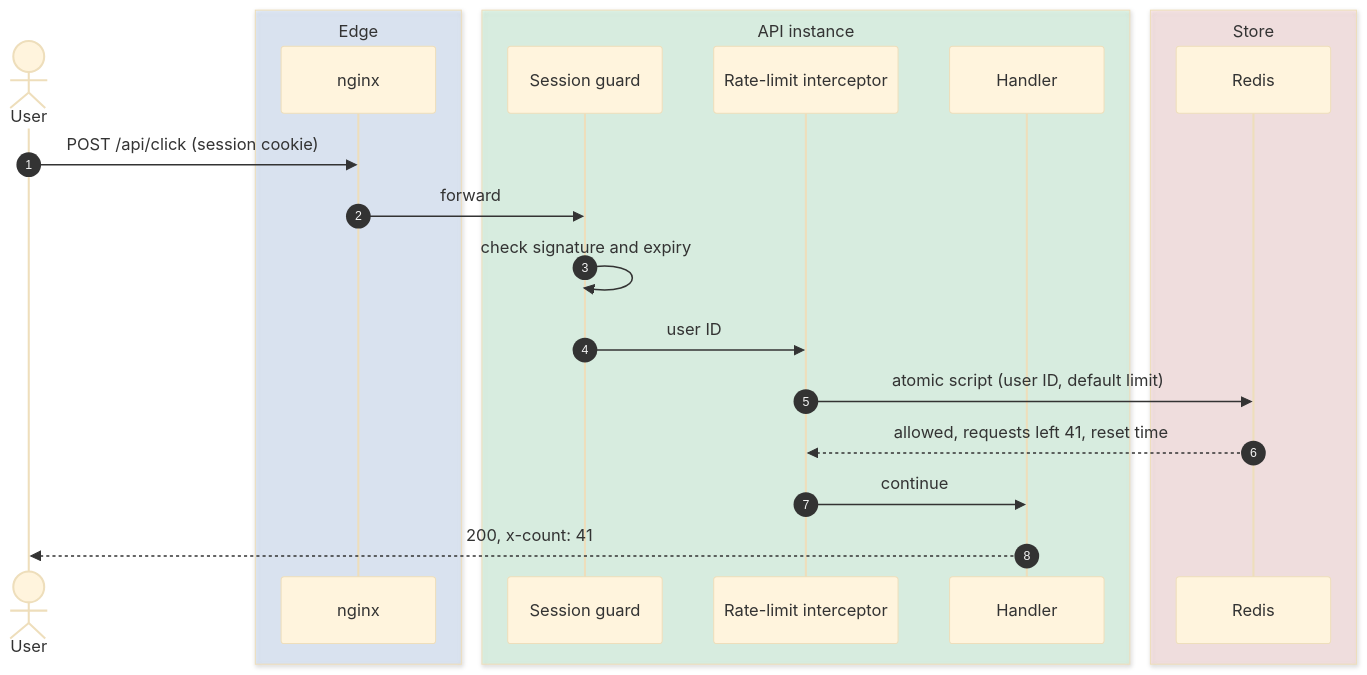
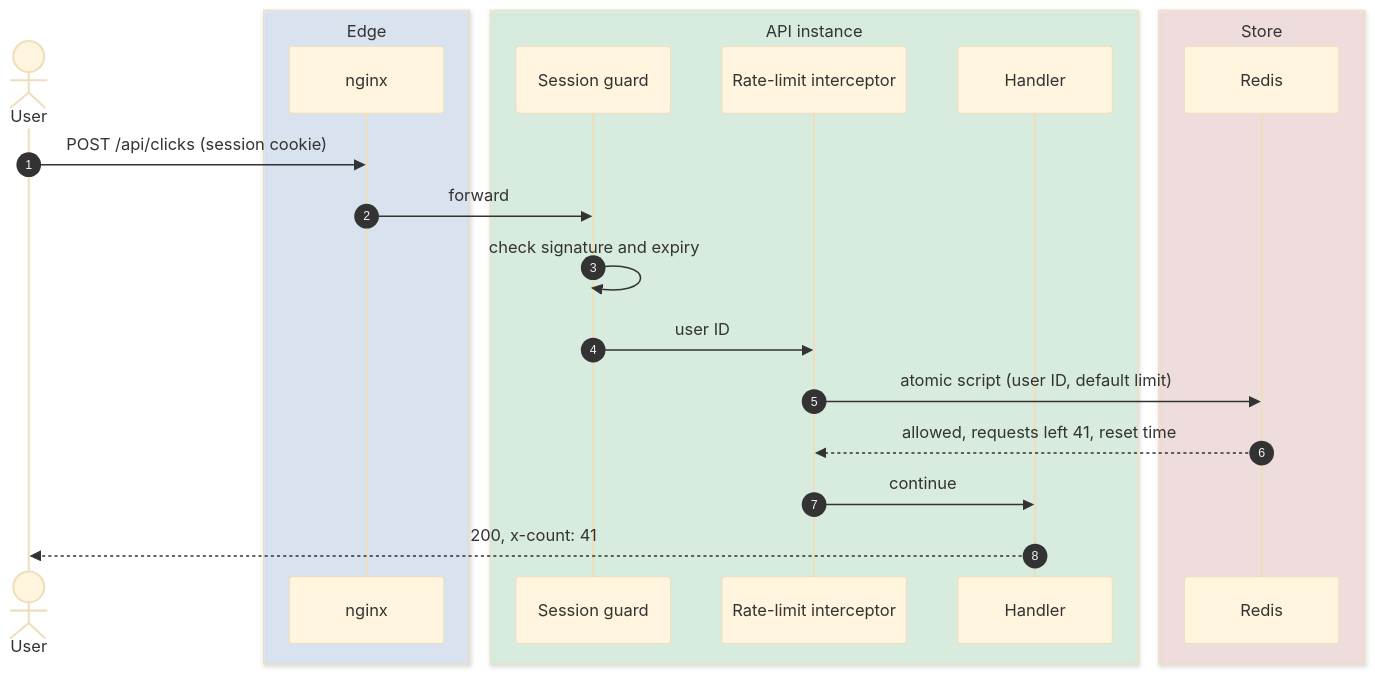
Before and after one commit to nitzanto/ratewatch: the third of 7 diagrams in apps/docs/src/content/docs/architecture/hld.md, drawn with Mermaid (base theme). The commit also changed other lines of this file and 26 other files, not shown here.

````diff
--- a/apps/docs/src/content/docs/architecture/hld.md
+++ b/apps/docs/src/content/docs/architecture/hld.md
@@ -112,24 +137,24 @@
 ```mermaid
 sequenceDiagram
   autonumber
   actor U as User
   box rgba(191,219,254,0.35) Edge
     participant N as nginx
   end
   box rgba(187,247,208,0.35) API instance
     participant G as Session guard
     participant L as Rate-limit interceptor
     participant H as Handler
   end
   box rgba(254,202,202,0.35) Store
     participant R as Redis
   end
-  U->>N: POST /api/click (session cookie)
+  U->>N: POST /api/clicks (session cookie)
   N->>G: forward
   G->>G: check signature and expiry
   G->>L: user ID
   L->>R: atomic script (user ID, default limit)
   R-->>L: allowed, requests left 41, reset time
   L->>H: continue
   H-->>U: 200, x-count: 41
 ```
````
